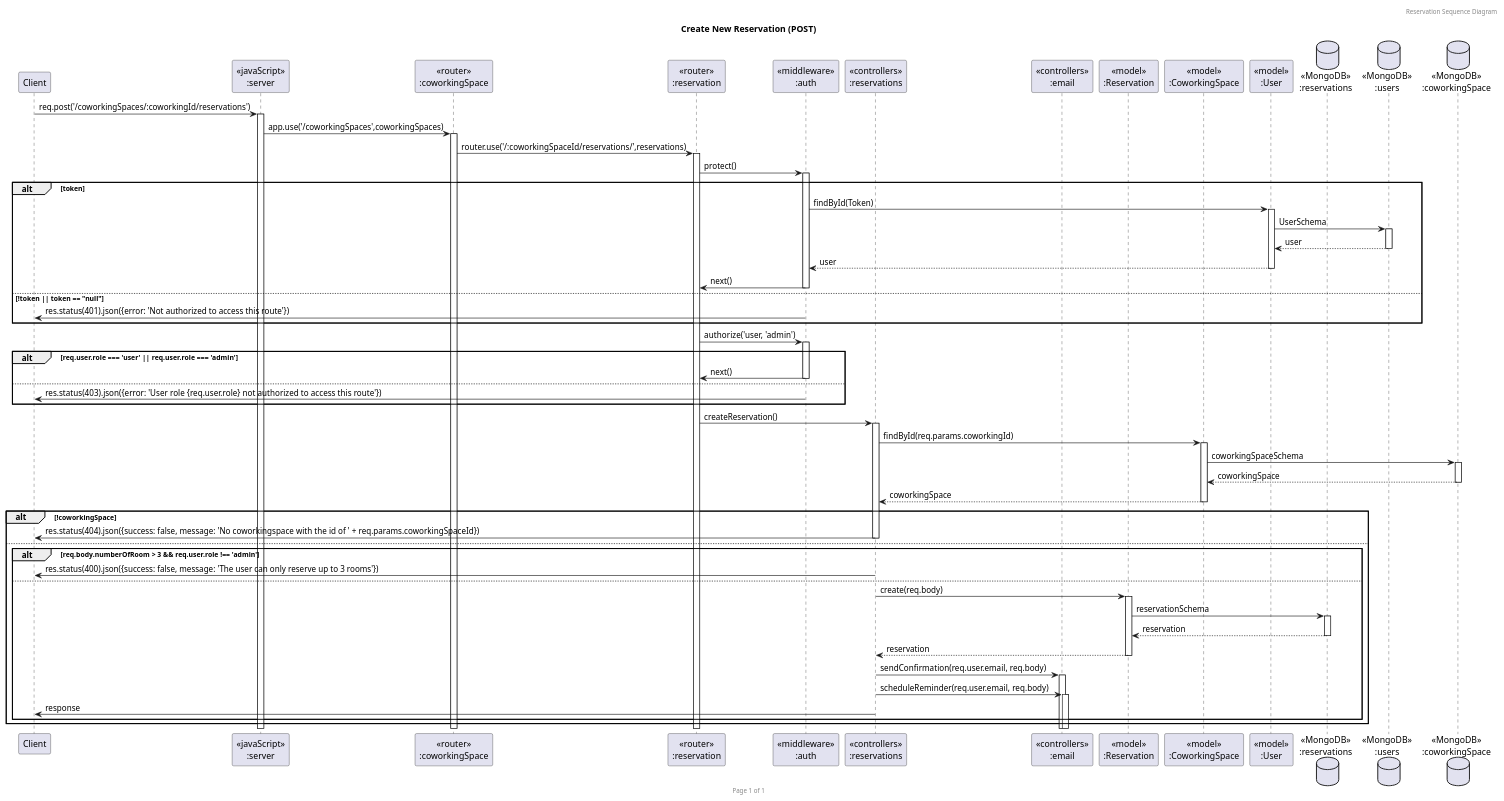
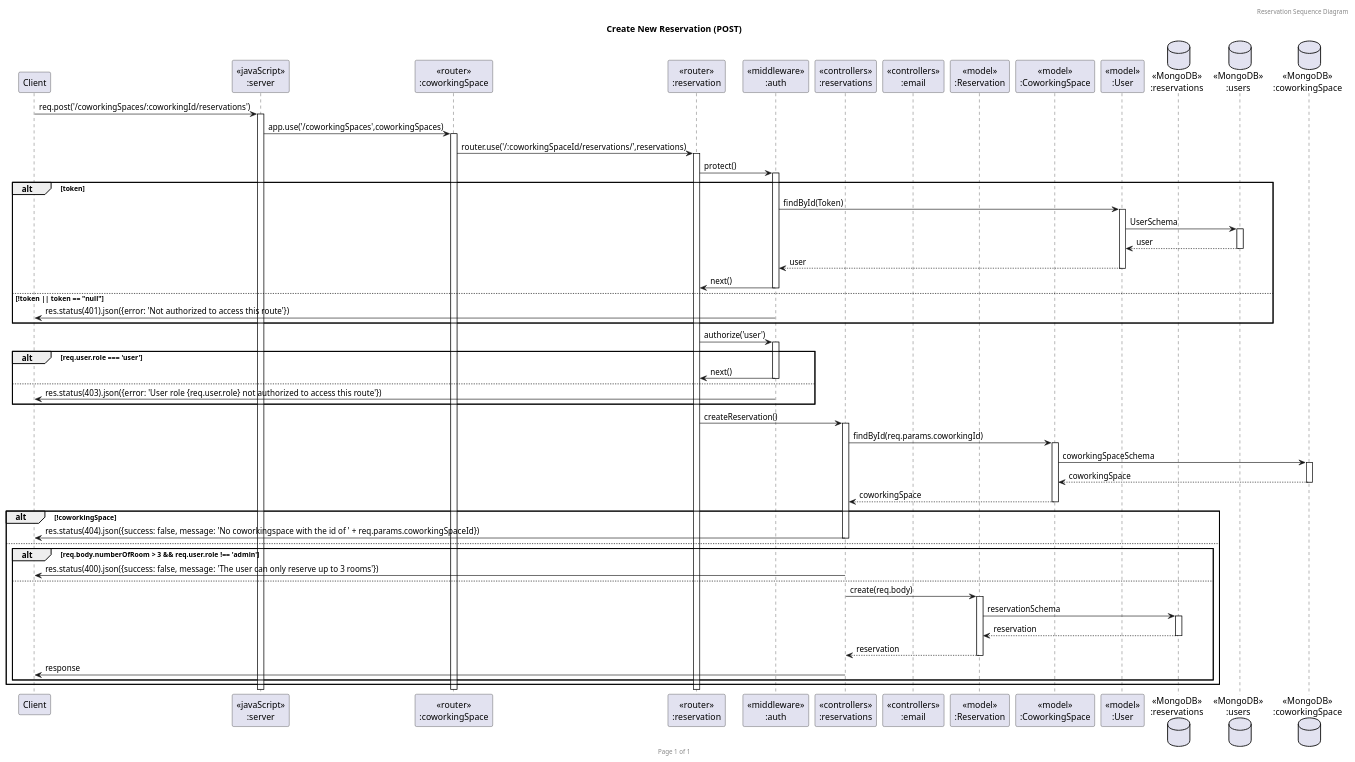
Before and after one commit to ponnabook/SW-Practice-Project: the diagram in uml/reservation/createNewReservation.puml, drawn with PlantUML. The commit also changed 1 other file, not shown here.

Commit message:
edit auth for create reservation (#6)

```diff
--- a/uml/reservation/createNewReservation.puml
+++ b/uml/reservation/createNewReservation.puml
@@ -1,64 +1,60 @@
 @startuml Create New Reservation (POST)
 
 header Reservation Sequence Diagram
 footer Page %page% of %lastpage%
 title "Create New Reservation (POST)"
 
 participant "Client" as client
 participant "<<javaScript>>\n:server" as server
 participant "<<router>>\n:coworkingSpace" as routerCoworkingSpace
 participant "<<router>>\n:reservation" as routerReservation
 participant "<<middleware>>\n:auth" as middlewareAuth
 participant "<<controllers>>\n:reservations" as controllersReservation
 participant "<<controllers>>\n:email" as controllersEmail
 participant "<<model>>\n:Reservation" as modelReservation
 participant "<<model>>\n:CoworkingSpace" as modelCoworkingSpace
 participant "<<model>>\n:User" as modelUser
 database "<<MongoDB>>\n:reservations" as ReservationsDatabase
 database "<<MongoDB>>\n:users" as UsersDatabase
 database "<<MongoDB>>\n:coworkingSpace" as CoworkingSpacesDatabase
 
 client->server ++:req.post('/coworkingSpaces/:coworkingId/reservations')
 server->routerCoworkingSpace ++:app.use('/coworkingSpaces',coworkingSpaces)
 routerCoworkingSpace->routerReservation ++:router.use('/:coworkingSpaceId/reservations/',reservations)
 routerReservation -> middlewareAuth ++:protect()
 alt token
     middlewareAuth->modelUser ++:findById(Token)
     modelUser->UsersDatabase ++:UserSchema
     modelUser<--UsersDatabase --:user
     middlewareAuth<--modelUser --:user
     middlewareAuth -> routerReservation --:next()
 else !token || token == "null"
     middlewareAuth -> client --:res.status(401).json({error: 'Not authorized to access this route'})
 end
-routerReservation -> middlewareAuth ++:authorize('user, 'admin')
-alt req.user.role === 'user' || req.user.role === 'admin'
+routerReservation -> middlewareAuth ++:authorize('user')
+alt req.user.role === 'user'
     middlewareAuth -> routerReservation --:next()
 else
     middlewareAuth -> client --:res.status(403).json({error: 'User role {req.user.role} not authorized to access this route'})
 end
 routerReservation -> controllersReservation ++:createReservation()
 controllersReservation->modelCoworkingSpace ++:findById(req.params.coworkingId)
 modelCoworkingSpace->CoworkingSpacesDatabase ++:coworkingSpaceSchema
 modelCoworkingSpace<--CoworkingSpacesDatabase --:coworkingSpace
 controllersReservation<--modelCoworkingSpace --:coworkingSpace
 
 alt !coworkingSpace
     controllersReservation->client --:res.status(404).json({success: false, message: 'No coworkingspace with the id of ' + req.params.coworkingSpaceId})
 else
 
     alt req.body.numberOfRoom > 3 && req.user.role !== 'admin'
         controllersReservation->client --:res.status(400).json({success: false, message: 'The user can only reserve up to 3 rooms'})
     else
         controllersReservation->modelReservation ++:create(req.body)
         modelReservation ->ReservationsDatabase ++: reservationSchema
         ReservationsDatabase --> modelReservation --: reservation
         controllersReservation <-- modelReservation --: reservation
-
-        controllersReservation->controllersEmail ++:sendConfirmation(req.user.email, req.body)
-        controllersReservation->controllersEmail ++:scheduleReminder(req.user.email, req.body)
-
         controllersReservation->client --: response
     end
 end
 @enduml
```
